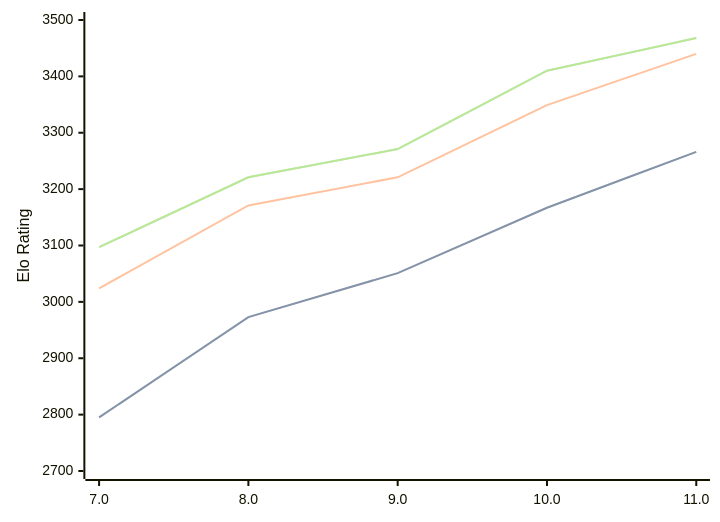
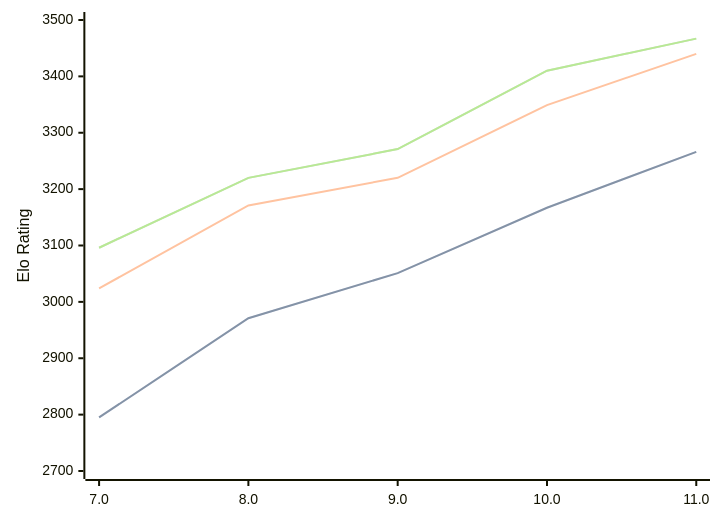
One commit to computer-chess-index/cci changed the diagram in engines/Tcheran.md. Above: the diagram before and after it, drawn with Mermaid. The commit also changed other lines of this file, not shown here.

Commit message:
Update CCI Ratings (ELO VLTC) - 2026-03-30

````diff
--- a/engines/Tcheran.md
+++ b/engines/Tcheran.md
@@ -49,11 +49,11 @@
 ```mermaid
 %%{init: {"theme":"base","themeVariables":{"seriesColors:['#a3a3a3','#222221','#faa371']}}}%%
 xychart-beta
   x-axis ["7.0", "8.0", "9.0", "10.0", "11.0"]
   y-axis "Elo Rating" 2700 --> 3500
-  line "STC (8.0+0.08s)" [2795, 2973, 3051, 3167, 3266]
-  line "STC (8.0+0.08s)" [2795, 2973, 3051, 3167, 3266]
-  line "LTC (60.0+0.60s)" [3024, 3171, 3221, 3349, 3440]
-  line "VLTC (2m24s+1.12s)" [3097, 3221, 3271, 3410, 3468]
-  line "VLTC (2m24s+1.12s)" [3097, 3221, 3271, 3410, 3468]
+  line "STC (8.0+0.08s)" [2795, 2971, 3051, 3167, 3266]
+  line "STC (8.0+0.08s)" [2795, 2971, 3051, 3167, 3266]
+  line "LTC (60.0+0.60s)" [3024, 3171, 3220, 3349, 3440]
+  line "VLTC (2m24s+1.12s)" [3096, 3220, 3271, 3410, 3467]
+  line "VLTC (2m24s+1.12s)" [3096, 3220, 3271, 3410, 3467]
 ```
````
